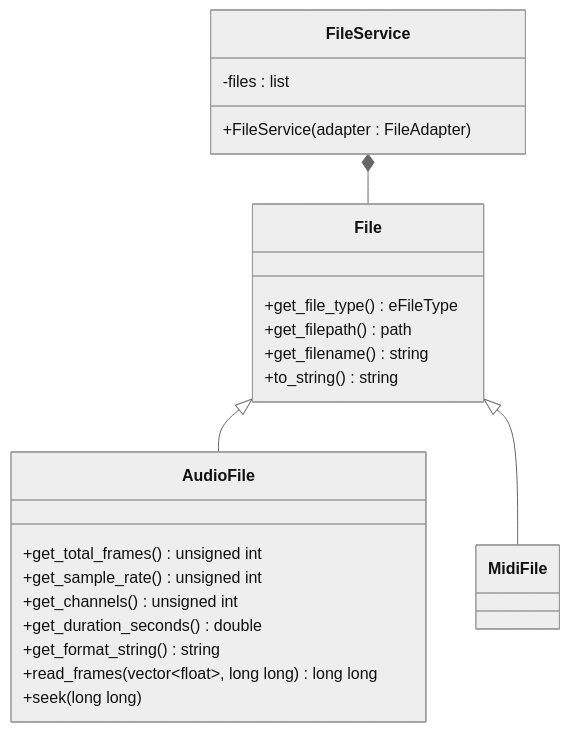
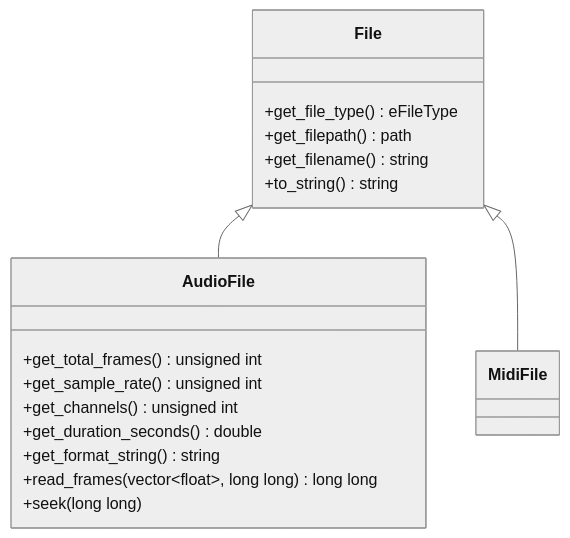
Before and after one commit to aidan-clyens/miniaudioengine: diagram 14 of 25 in docs/DESIGN_DOC.md, drawn with Mermaid (neutral theme). The commit also changed other lines of this file and 1 other file, not shown here.

````diff
--- a/docs/DESIGN_DOC.md
+++ b/docs/DESIGN_DOC.md
@@ -416,33 +497,27 @@
 ```mermaid
 classDiagram
-
-    class FileService {
-        -files : list<File>
-        +FileService(adapter : FileAdapter)
-    }
 
     class File {
         +get_file_type() eFileType
         +get_filepath() path
         +get_filename() string
         +to_string() string
     }
 
     class AudioFile {
         +get_total_frames() unsigned int
         +get_sample_rate() unsigned int
         +get_channels() unsigned int
         +get_duration_seconds() double
         +get_format_string() string
         +read_frames(vector~float~, long long) long long
         +seek(long long)
     }
 
     class MidiFile {
 
     }
 
-    FileService *-- File
     File <|-- AudioFile
     File <|-- MidiFile
 ```
````
